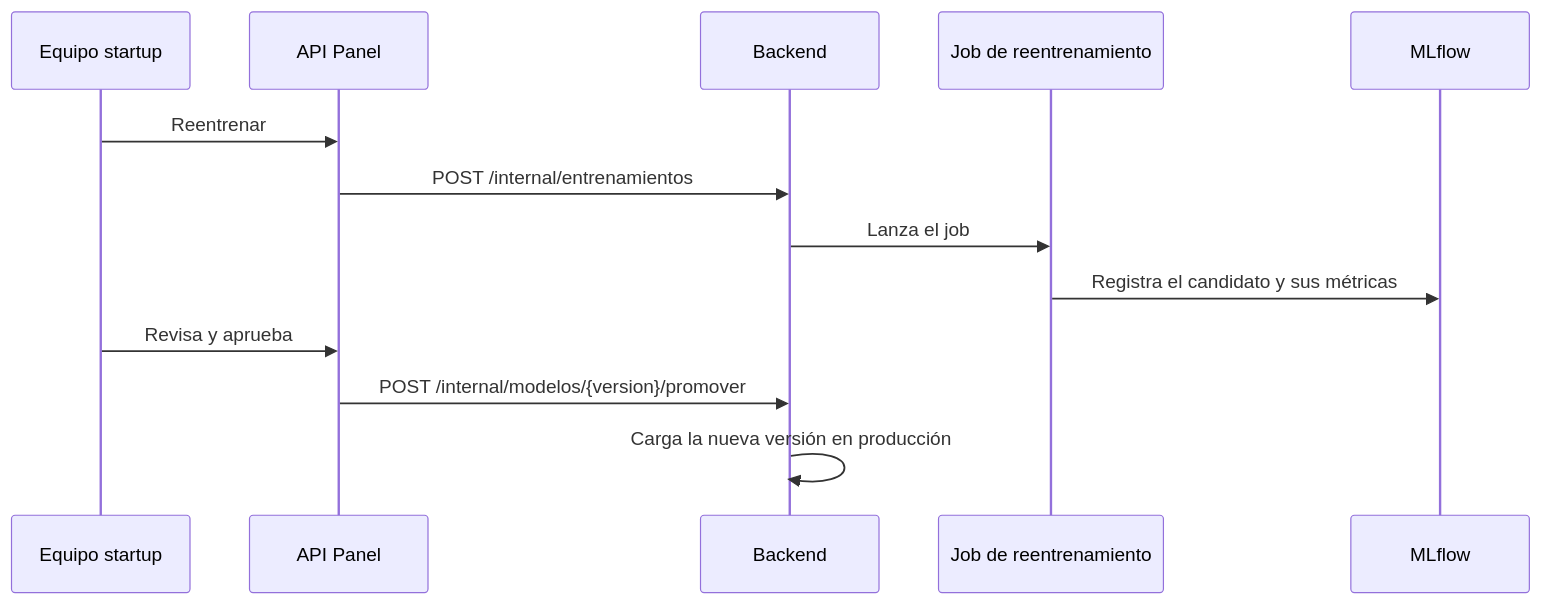
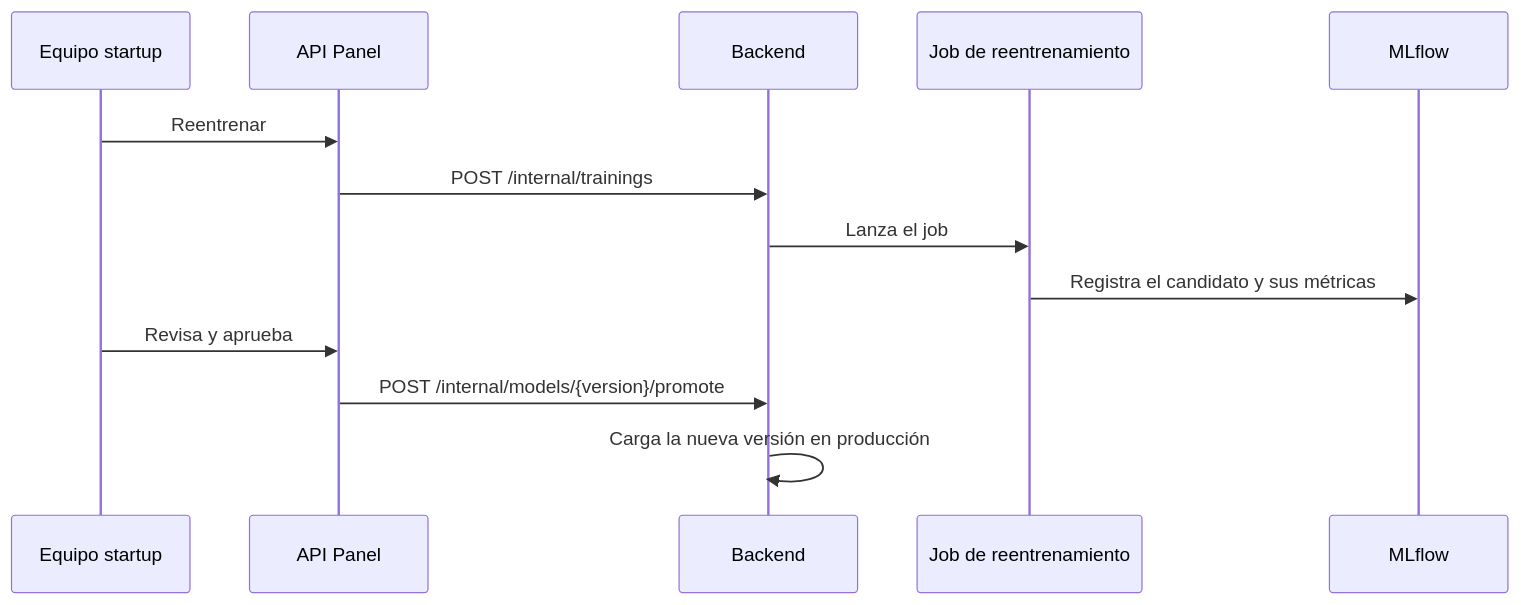
One commit to ErnestoSCL/neuroa-modelo-tamizaje changed the sixth of 6 diagrams in docs/arquitectura_conecta.md. Above: the diagram before and after it, drawn with Mermaid. The commit also changed other lines of this file and 1 other file, not shown here.

````diff
--- a/docs/arquitectura_conecta.md
+++ b/docs/arquitectura_conecta.md
@@ -390,15 +392,15 @@
 ```mermaid
 sequenceDiagram
     participant E as Equipo startup
     participant P as API Panel
     participant A as Backend
     participant WK as Job de reentrenamiento
     participant M as MLflow
     E->>P: Reentrenar
-    P->>A: POST /internal/entrenamientos
+    P->>A: POST /internal/trainings
     A->>WK: Lanza el job
     WK->>M: Registra el candidato y sus métricas
     E->>P: Revisa y aprueba
-    P->>A: POST /internal/modelos/{version}/promover
+    P->>A: POST /internal/models/{version}/promote
     A->>A: Carga la nueva versión en producción
 ```
````
